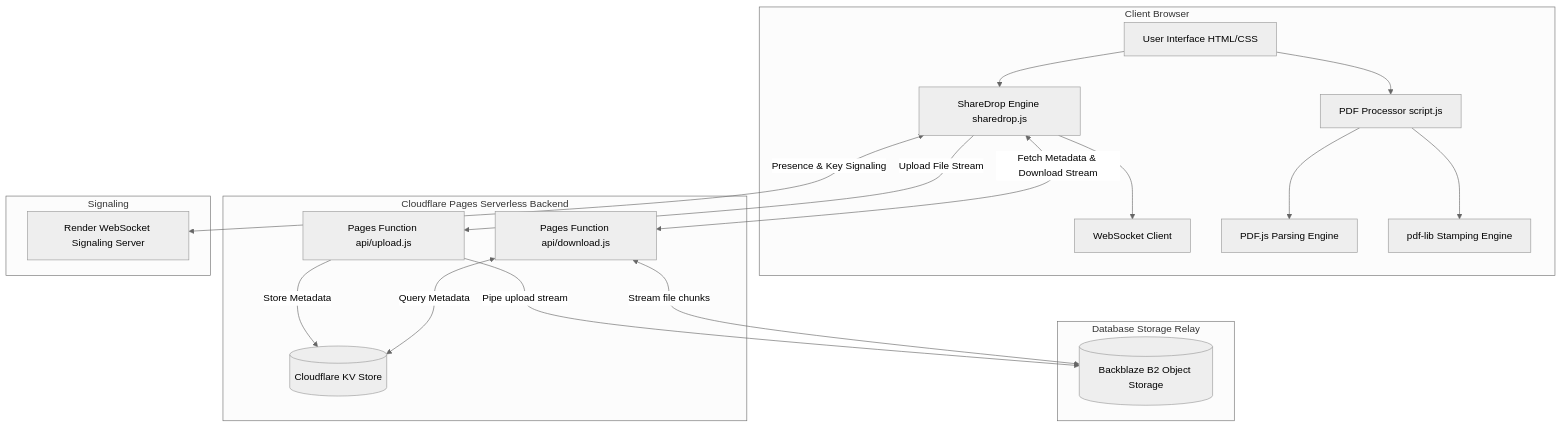
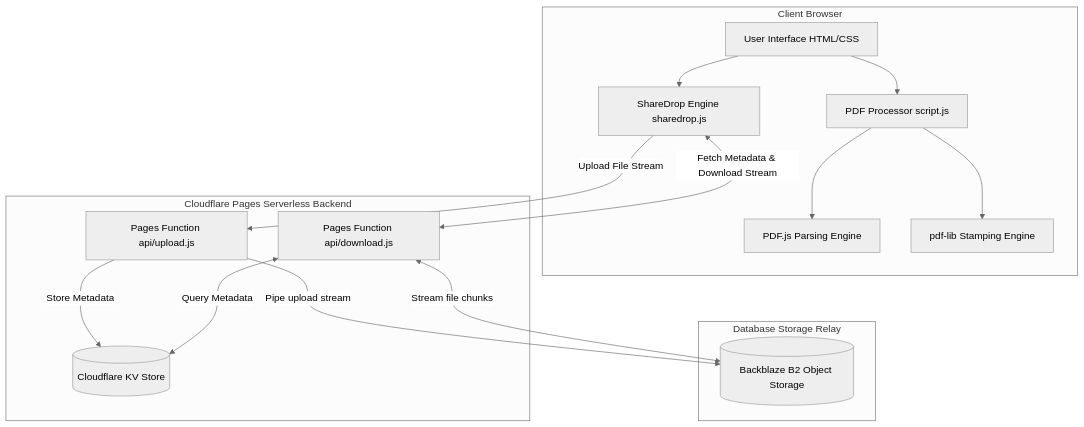
Before and after one commit to surajgtech52-jpg/lablazy-pdf-editor: the diagram in README.md, drawn with Mermaid (neutral theme). The commit also changed other lines of this file and 31 other files, not shown here.

````diff
--- a/README.md
+++ b/README.md
@@ -35,32 +33,26 @@
 ```mermaid
 graph TD
     subgraph Client Browser
         A[User Interface HTML/CSS] --> B[ShareDrop Engine sharedrop.js]
         A --> C[PDF Processor script.js]
-        B --> D[WebSocket Client]
         C --> E[PDF.js Parsing Engine]
         C --> F[pdf-lib Stamping Engine]
     end
 
     subgraph Cloudflare Pages Serverless Backend
         G[Pages Function api/upload.js]
         H[Pages Function api/download.js]
         I[(Cloudflare KV Store)]
     end
 
     subgraph Database Storage Relay
         J[(Backblaze B2 Object Storage)]
     end
 
-    subgraph Signaling
-        K[Render WebSocket Signaling Server]
-    end
-
-    B <-->|Presence & Key Signaling| K
     B -->|Upload File Stream| G
     G -->|Store Metadata| I
     G -->|Pipe upload stream| J
     B <-->|Fetch Metadata & Download Stream| H
     H <-->|Query Metadata| I
     H <-->|Stream file chunks| J
 ```
````
